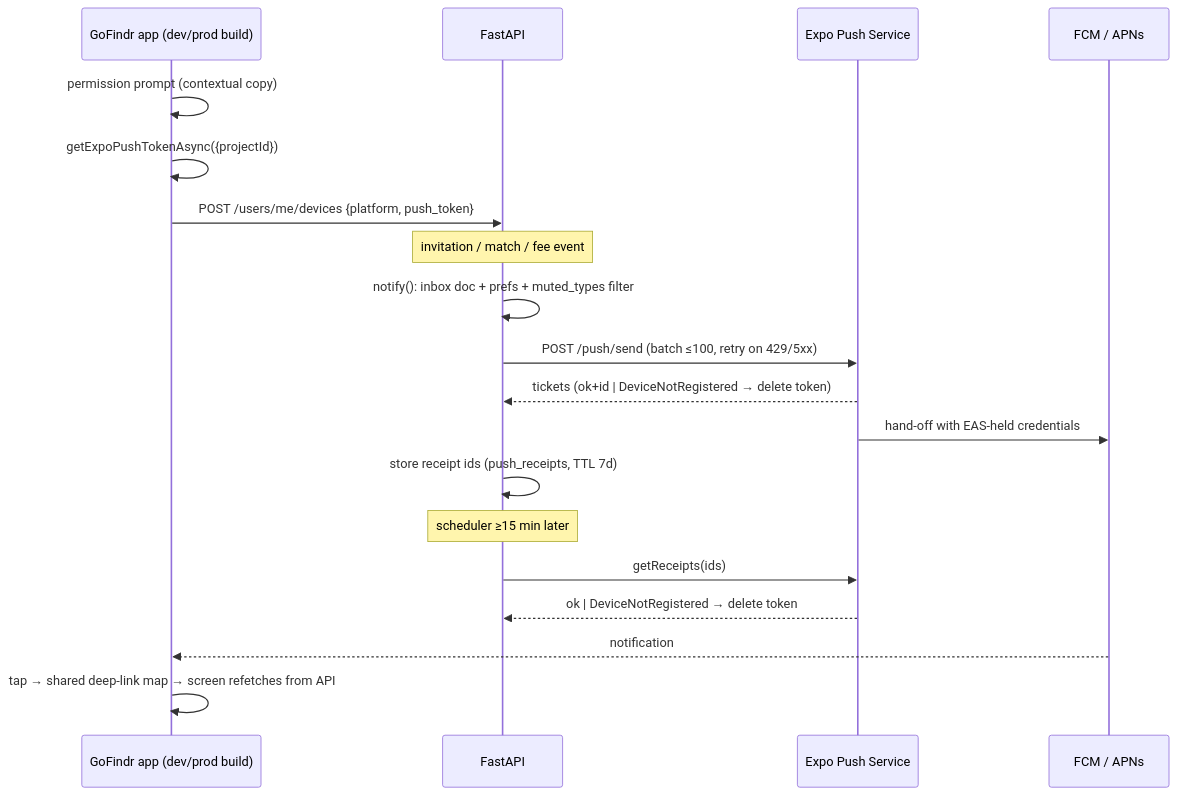
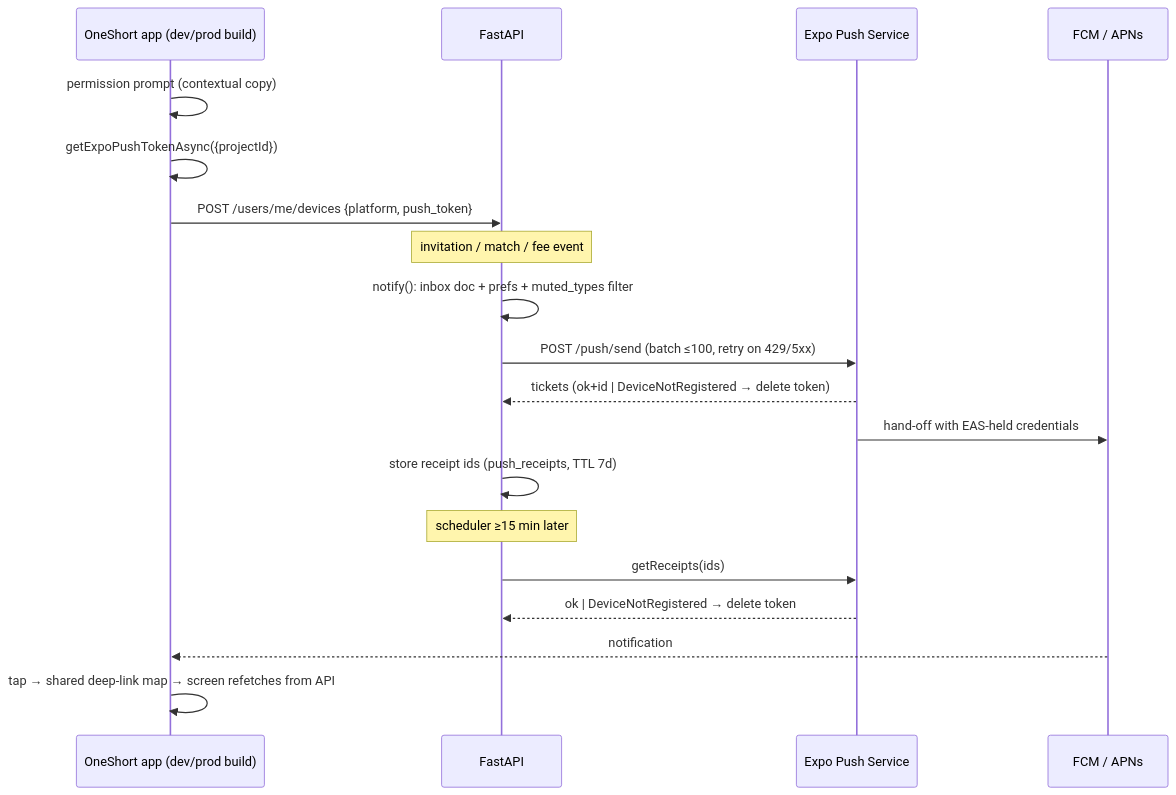
One commit to Cricketmarvels/oneshort changed the diagram in docs/design/PUSH_NOTIFICATIONS.md. Above: the diagram before and after it, drawn with Mermaid. The commit also changed other lines of this file and 162 other files, not shown here.

First line of the commit message:
Rebrand GoFindr to OneShort with the eleventh-dot identity

````diff
--- a/docs/design/PUSH_NOTIFICATIONS.md
+++ b/docs/design/PUSH_NOTIFICATIONS.md
@@ -9,21 +9,21 @@
 ```mermaid
 sequenceDiagram
-  participant App as GoFindr app (dev/prod build)
+  participant App as OneShort app (dev/prod build)
   participant API as FastAPI
   participant Expo as Expo Push Service
   participant FA as FCM / APNs
   App->>App: permission prompt (contextual copy)
   App->>App: getExpoPushTokenAsync({projectId})
   App->>API: POST /users/me/devices {platform, push_token}
   Note over API: invitation / match / fee event
   API->>API: notify(): inbox doc + prefs + muted_types filter
   API->>Expo: POST /push/send (batch ≤100, retry on 429/5xx)
   Expo-->>API: tickets (ok+id | DeviceNotRegistered → delete token)
   Expo->>FA: hand-off with EAS-held credentials
   API->>API: store receipt ids (push_receipts, TTL 7d)
   Note over API: scheduler ≥15 min later
   API->>Expo: getReceipts(ids)
   Expo-->>API: ok | DeviceNotRegistered → delete token
   FA-->>App: notification
   App->>App: tap → shared deep-link map → screen refetches from API
 ```
````
